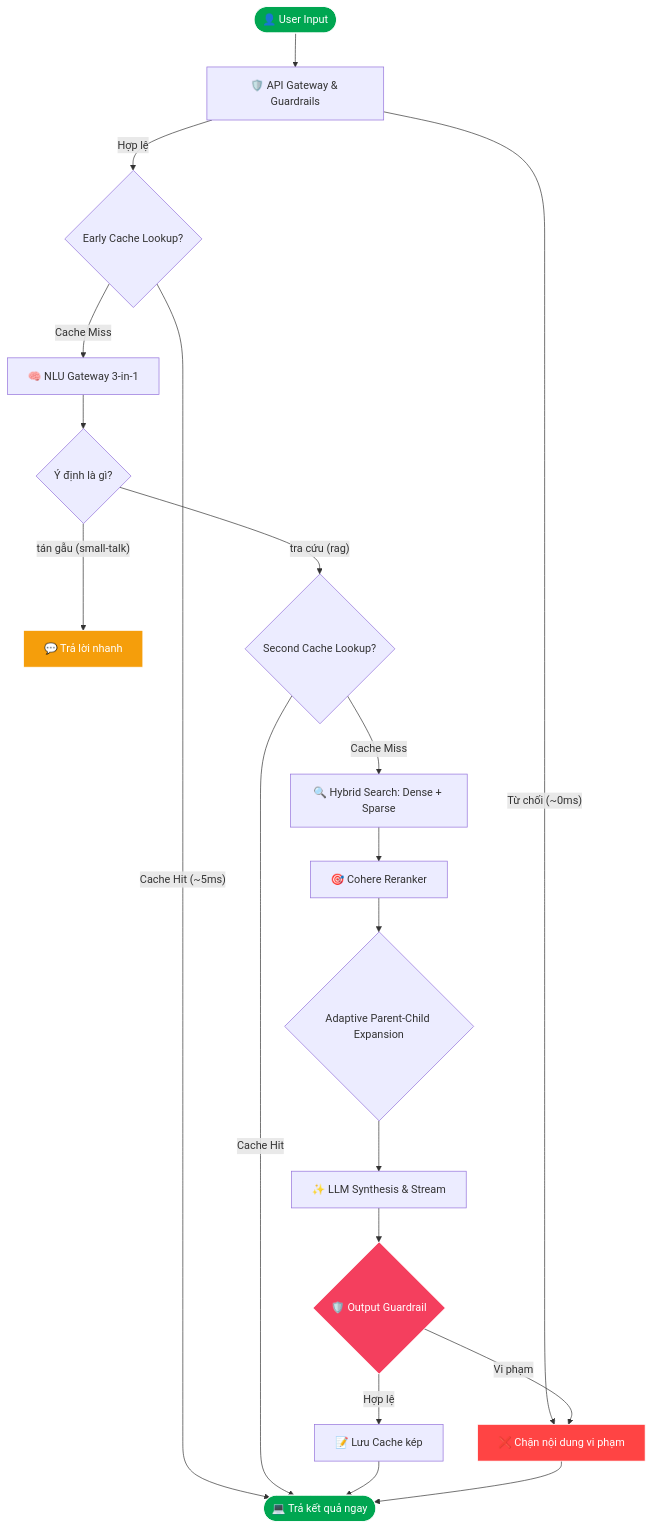
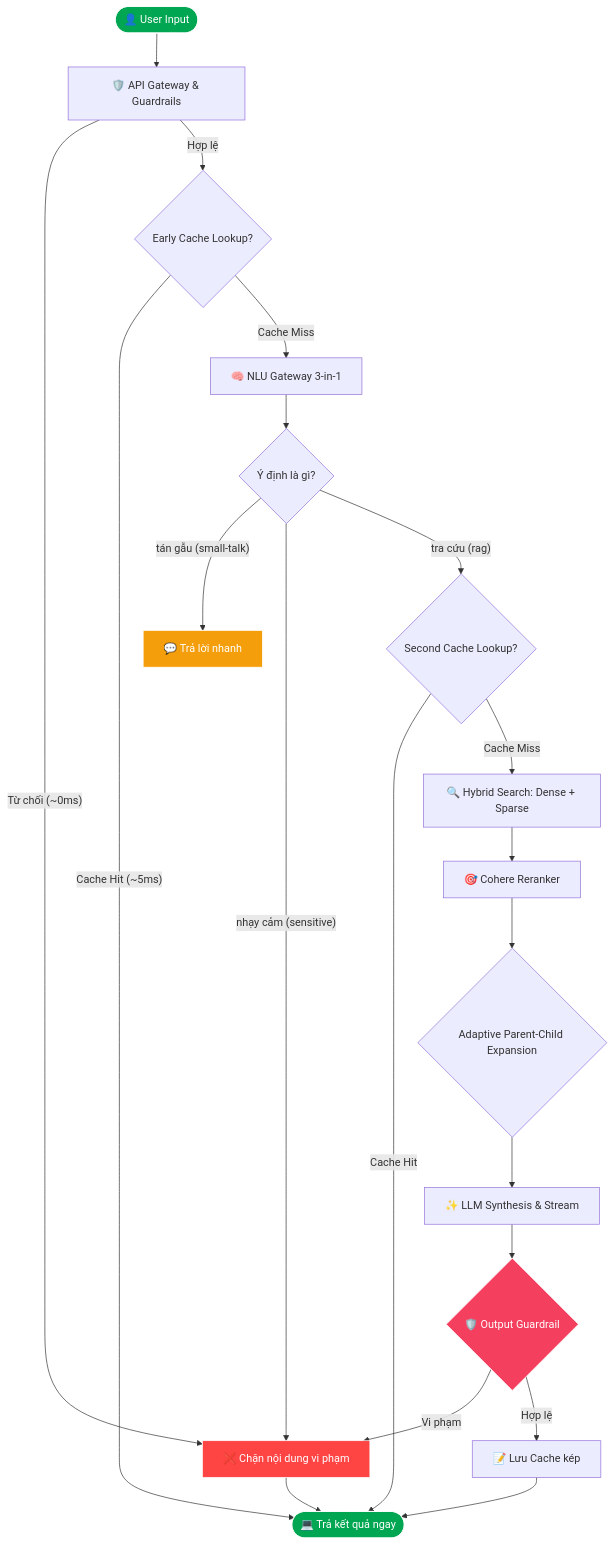
The diagram in README.md (dungltcn272/XANH_SM_AI_ASSISTANT_V1), drawn with Mermaid before and after one commit.

````diff
--- a/README.md
+++ b/README.md
@@ -85,34 +85,35 @@
 ```mermaid
 graph TD
     A([👤 User Input]) --> B[🛡️ API Gateway & Guardrails]
     B -- "Từ chối (~0ms)" --> Block[❌ Chặn nội dung vi phạm]
     B -- "Hợp lệ" --> C{Early Cache Lookup?}
     
     C -- "Cache Hit (~5ms)" --> Out([💻 Trả kết quả ngay])
     C -- "Cache Miss" --> D[🧠 NLU Gateway 3-in-1]
     
     D --> E{Ý định là gì?}
     E -- "tán gẫu (small-talk)" --> Stalk[💬 Trả lời nhanh]
+    E -- "nhạy cảm (sensitive)" --> Block
     E -- "tra cứu (rag)" --> F{Second Cache Lookup?}
     
     F -- "Cache Hit" --> Out
     F -- "Cache Miss" --> G[🔍 Hybrid Search: Dense + Sparse]
     
     G --> H[🎯 Cohere Reranker]
     H --> I{Adaptive Parent-Child Expansion}
     
     I --> K[✨ LLM Synthesis & Stream]
     K --> GuardOut{🛡️ Output Guardrail}
     
     %% Phân tách an toàn đầu ra
     GuardOut -- "Vi phạm" --> Block
     GuardOut -- "Hợp lệ" --> CacheSave[📝 Lưu Cache kép]
     CacheSave --> Out
     Block --> Out
     
     style A fill:#00A651,stroke:#fff,color:#fff
     style Out fill:#00A651,stroke:#fff,color:#fff
     style Block fill:#ff4444,stroke:#fff,color:#fff
     style Stalk fill:#f59e0b,stroke:#fff,color:#fff
     style GuardOut fill:#f43f5e,stroke:#fff,color:#fff
 ```
````
